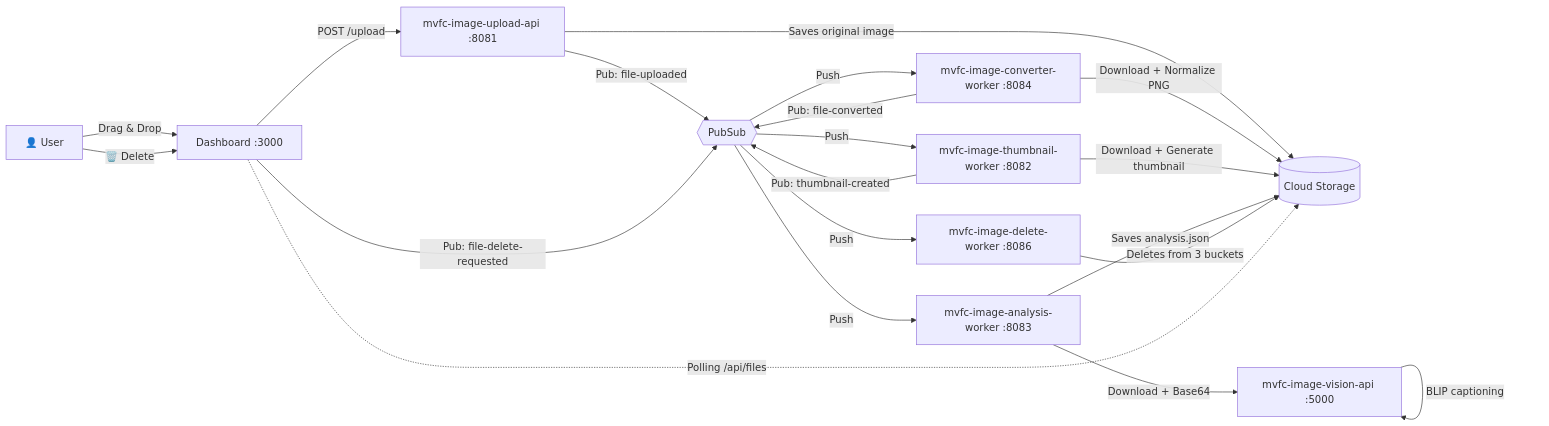
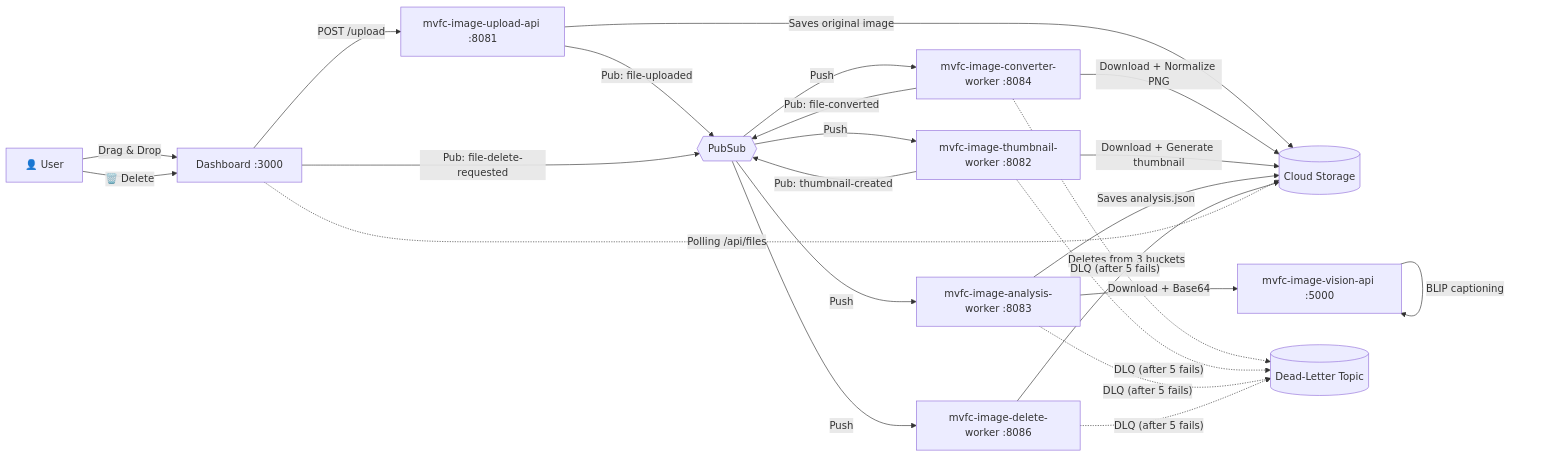
One commit to Marcus-V-Freitas/MVFC.ImageProcessing changed the first of 5 diagrams in README.md. Above: the diagram before and after it, drawn with Mermaid. The commit also changed other lines of this file and 77 other files, not shown here.

````diff
--- a/README.md
+++ b/README.md
@@ -75,22 +78,27 @@
 ```mermaid
 graph LR
     U["👤 User"] -->|Drag & Drop| DASH["Dashboard :3000"]
     U -->|"🗑️ Delete"| DASH
     DASH -->|POST /upload| API["mvfc-image-upload-api :8081"]
     API -->|Saves original image| GCS[("Cloud Storage")]
     API -->|"Pub: file-uploaded"| PS{{"PubSub"}}
     PS -->|Push| CONV["mvfc-image-converter-worker :8084"]
     CONV -->|"Download + Normalize PNG"| GCS
     CONV -->|"Pub: file-converted"| PS
     PS -->|Push| TW["mvfc-image-thumbnail-worker :8082"]
     TW -->|"Download + Generate thumbnail"| GCS
     TW -->|"Pub: thumbnail-created"| PS
     PS -->|Push| IA["mvfc-image-analysis-worker :8083"]
     IA -->|"Download + Base64"| VA["mvfc-image-vision-api :5000"]
     VA -->|BLIP captioning| VA
     IA -->|Saves analysis.json| GCS
     DASH -->|"Pub: file-delete-requested"| PS
     PS -->|Push| DEL["mvfc-image-delete-worker :8086"]
     DEL -->|"Deletes from 3 buckets"| GCS
     DASH -.->|"Polling /api/files"| GCS
+
+    CONV -.->|"DLQ (after 5 fails)"| DLQ[("Dead-Letter Topic")]
+    TW -.->|"DLQ (after 5 fails)"| DLQ
+    IA -.->|"DLQ (after 5 fails)"| DLQ
+    DEL -.->|"DLQ (after 5 fails)"| DLQ
 ```
````
